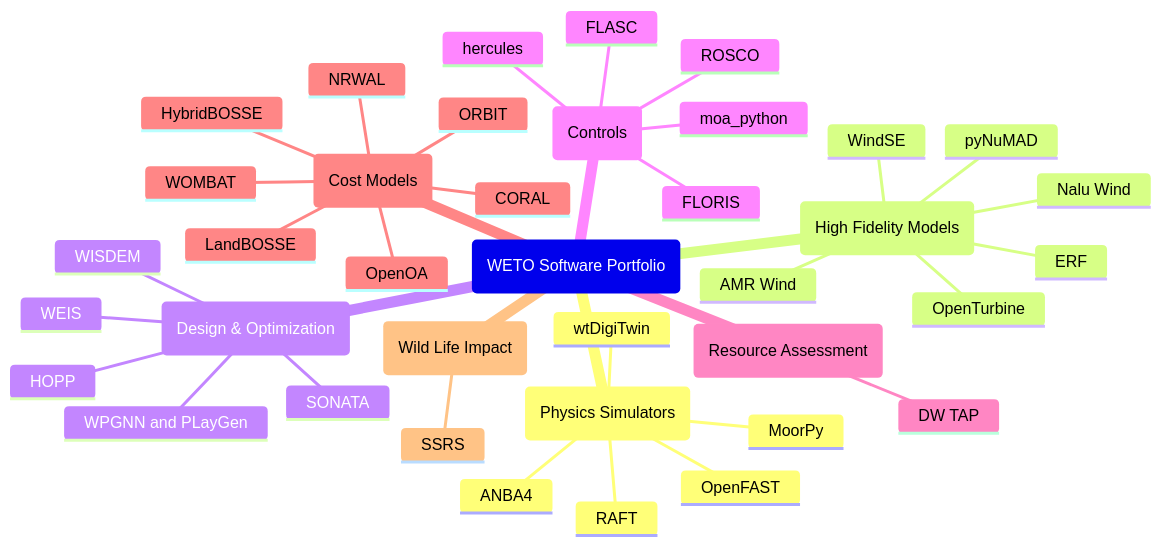
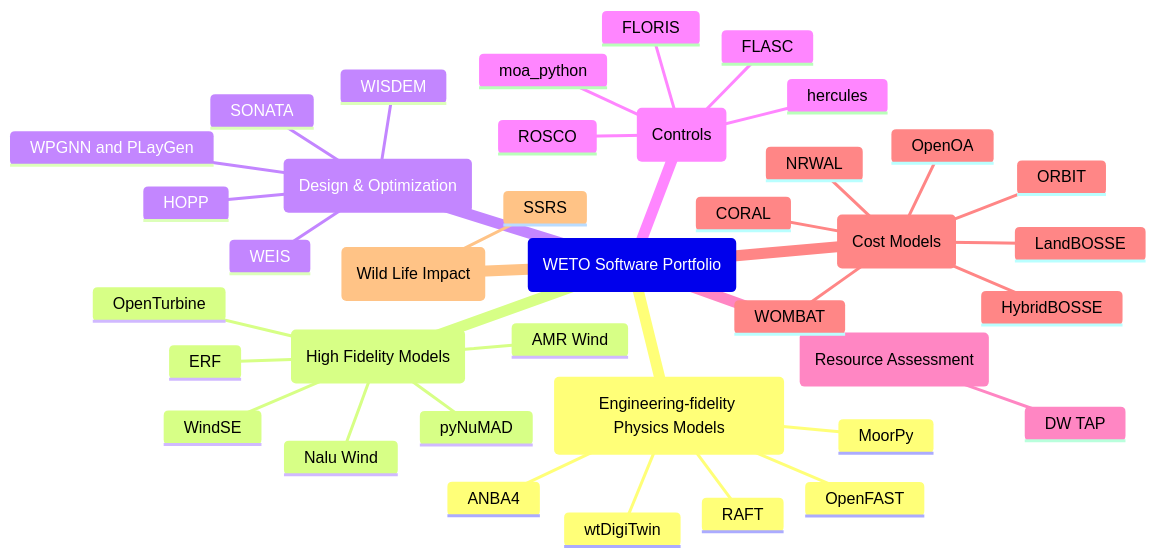
One commit to kmruehl/WETOStack changed the diagram in _sources/capabilities/overview.md. Above: the diagram before and after it, drawn with Mermaid. The commit also changed 4 other files, not shown here.

````diff
--- a/_sources/capabilities/overview.md
+++ b/_sources/capabilities/overview.md
@@ -7,47 +7,47 @@
 ```{mermaid}
 mindmap
     root("WETO Software Portfolio")
-        ps(Physics Simulators)
+        ps(Engineering-fidelity Physics Models)
             OpenFAST
             MoorPy
             wtDigiTwin
             ANBA4
             RAFT
 
         hfm(High Fidelity Models)
             AMR Wind
             Nalu Wind
             OpenTurbine
             ERF
             WindSE
             pyNuMAD
 
         do(Design & Optimization)
             WEIS
             WISDEM
             HOPP
             WPGNN and PLayGen
             SONATA
 
         ctrl(Controls)
             ROSCO
             FLORIS
             FLASC
             hercules
             moa_python
 
         ra(Resource Assessment)
             DW TAP
 
         cost(Cost Models)
             LandBOSSE
             HybridBOSSE
             ORBIT
             CORAL
             NRWAL
             WOMBAT
             OpenOA
 
         wild(Wild Life Impact)
             SSRS
 ```
````
